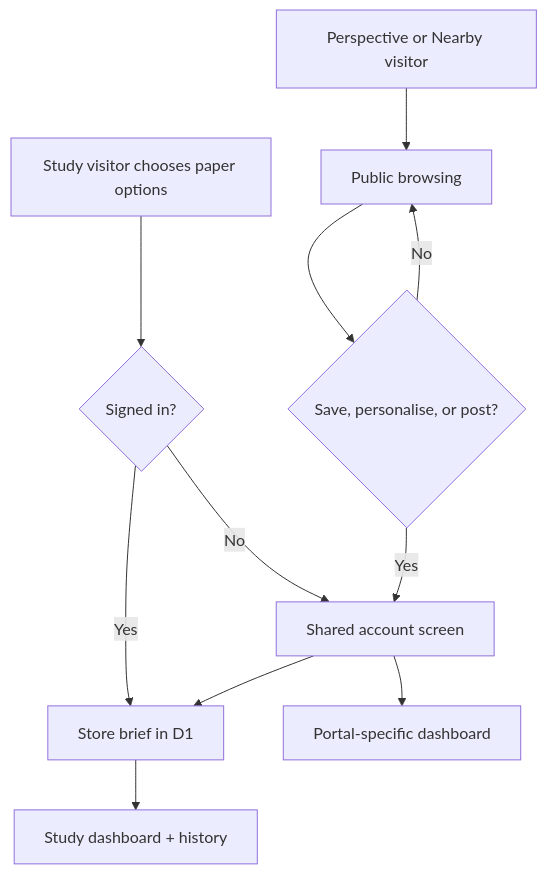
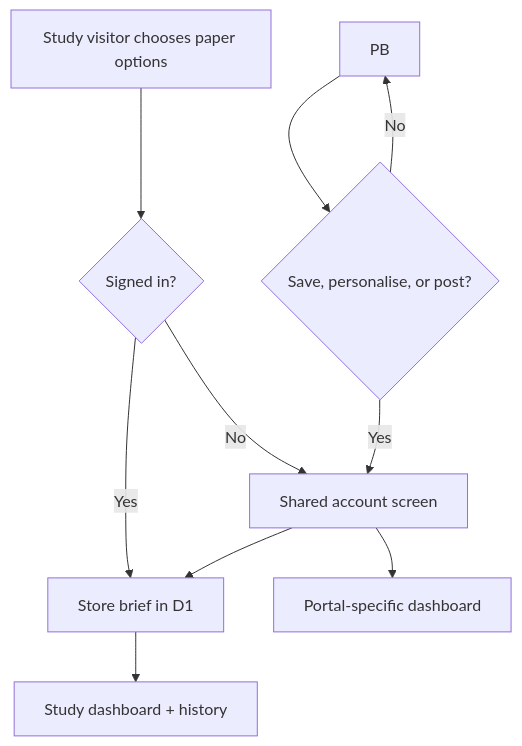
The second of 2 diagrams in docs/UI_UX_GUIDE.md (papershaper07x/papershapers_new), drawn with Mermaid before and after one commit. The commit also changed other lines of this file and 96 other files, not shown here.

````diff
--- a/docs/UI_UX_GUIDE.md
+++ b/docs/UI_UX_GUIDE.md
@@ -44,13 +41,12 @@
 ```mermaid
 flowchart TD
   S[Study visitor chooses paper options] --> SA{Signed in?}
   SA -- No --> A[Shared account screen]
   SA -- Yes --> SR[Store brief in D1]
   A --> SR
   SR --> SD[Study dashboard + history]
-  N[Perspective or Nearby visitor] --> PB[Public browsing]
   PB --> O{Save, personalise, or post?}
   O -- No --> PB
   O -- Yes --> A
   A --> ND[Portal-specific dashboard]
 ```
````
